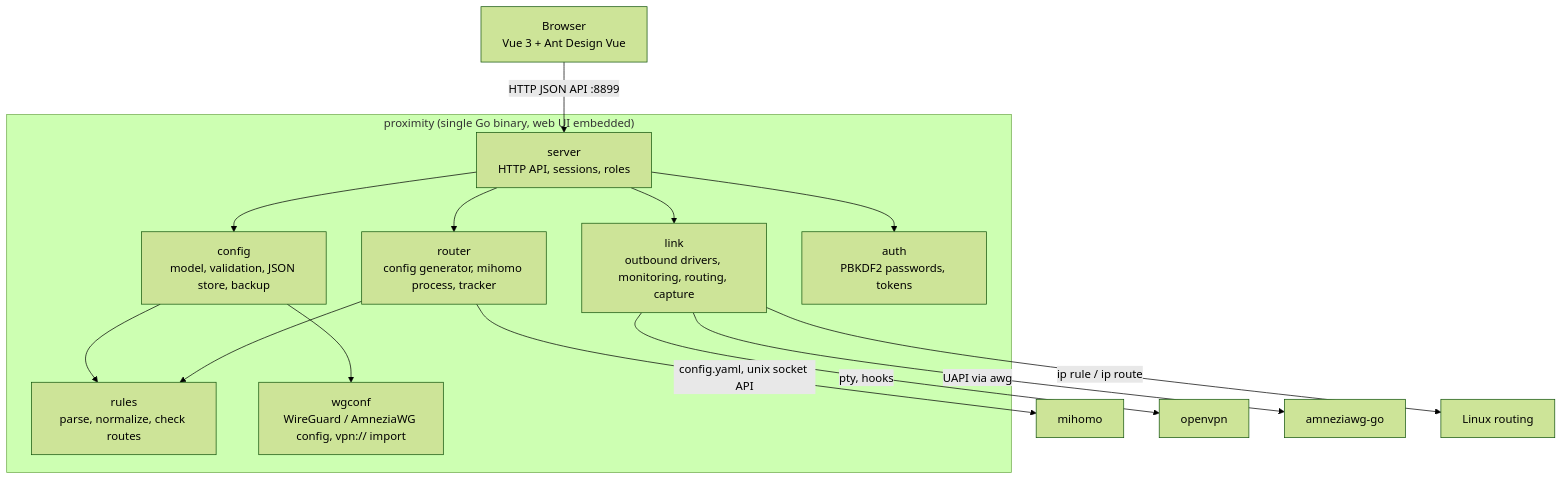
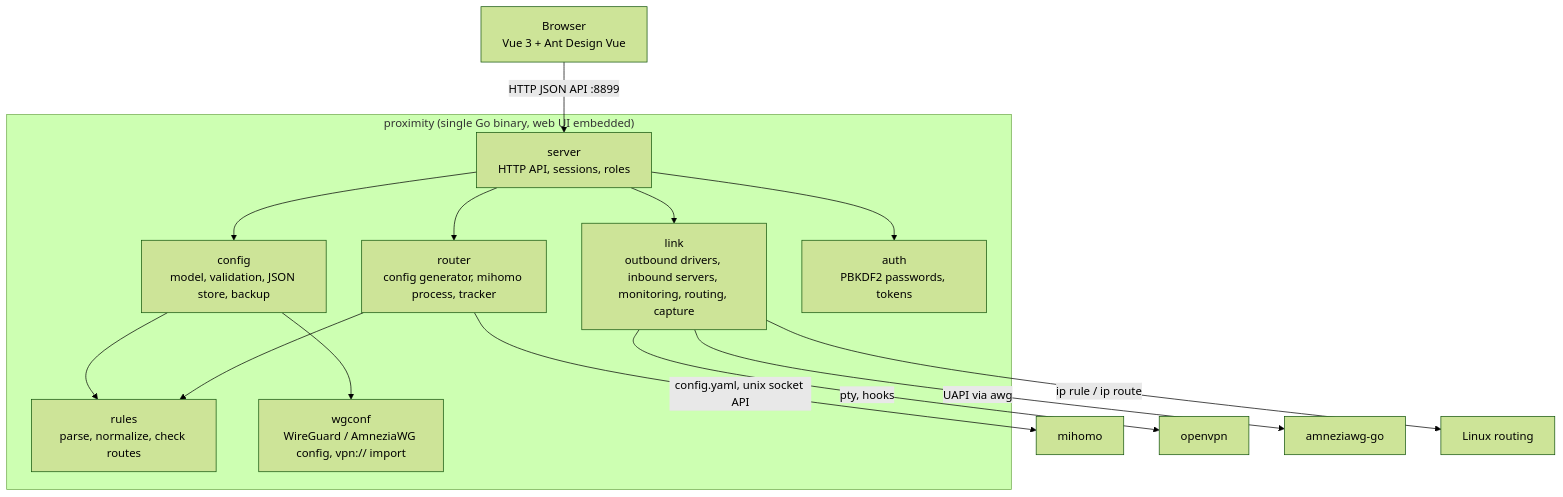
Before and after one commit to ferrobit/proximity: the diagram in docs/architecture.md, drawn with Mermaid (forest theme). The commit also changed other lines of this file and 43 other files, not shown here.

````diff
--- a/docs/architecture.md
+++ b/docs/architecture.md
@@ -23,20 +24,20 @@
 ```mermaid
 flowchart TB
     Browser["Browser<br/>Vue 3 + Ant Design Vue"] -- "HTTP JSON API :8899" --> Server
     subgraph Proximity["proximity (single Go binary, web UI embedded)"]
         Server["server<br/>HTTP API, sessions, roles"]
         Config["config<br/>model, validation, JSON store, backup"]
         Rules["rules<br/>parse, normalize, check routes"]
         Router["router<br/>config generator, mihomo process, tracker"]
-        Link["link<br/>outbound drivers, monitoring, routing, capture"]
+        Link["link<br/>outbound drivers, inbound servers, monitoring, routing, capture"]
         Auth["auth<br/>PBKDF2 passwords, tokens"]
         Wg["wgconf<br/>WireGuard / AmneziaWG config, vpn:// import"]
     end
     Server --> Config & Router & Link & Auth
     Config --> Rules & Wg
     Router --> Rules
     Router -- "config.yaml, unix socket API" --> Mihomo["mihomo"]
     Link -- "pty, hooks" --> OpenVPN["openvpn"]
     Link -- "UAPI via awg" --> AWG["amneziawg-go"]
     Link -- "ip rule / ip route" --> Kernel["Linux routing"]
 ```
````
